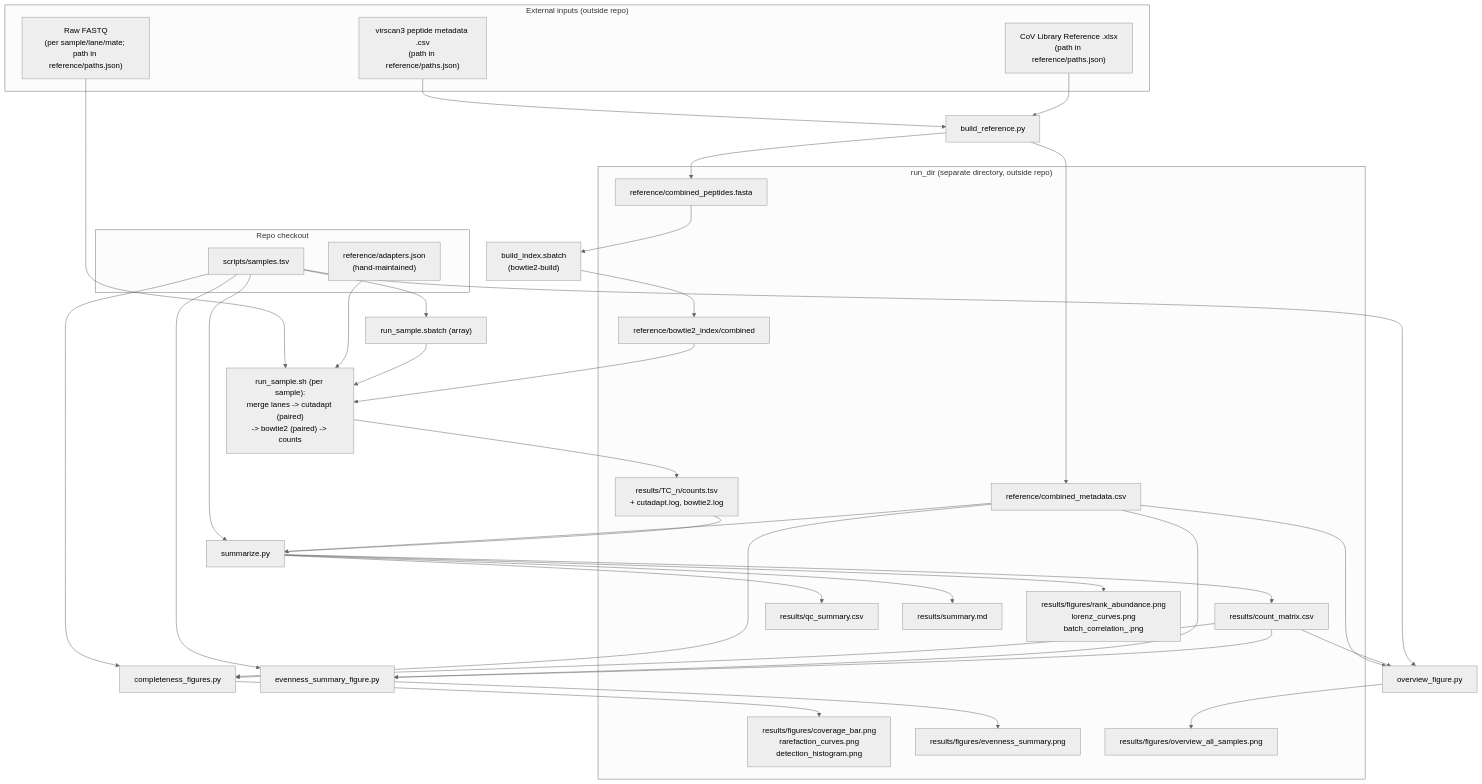
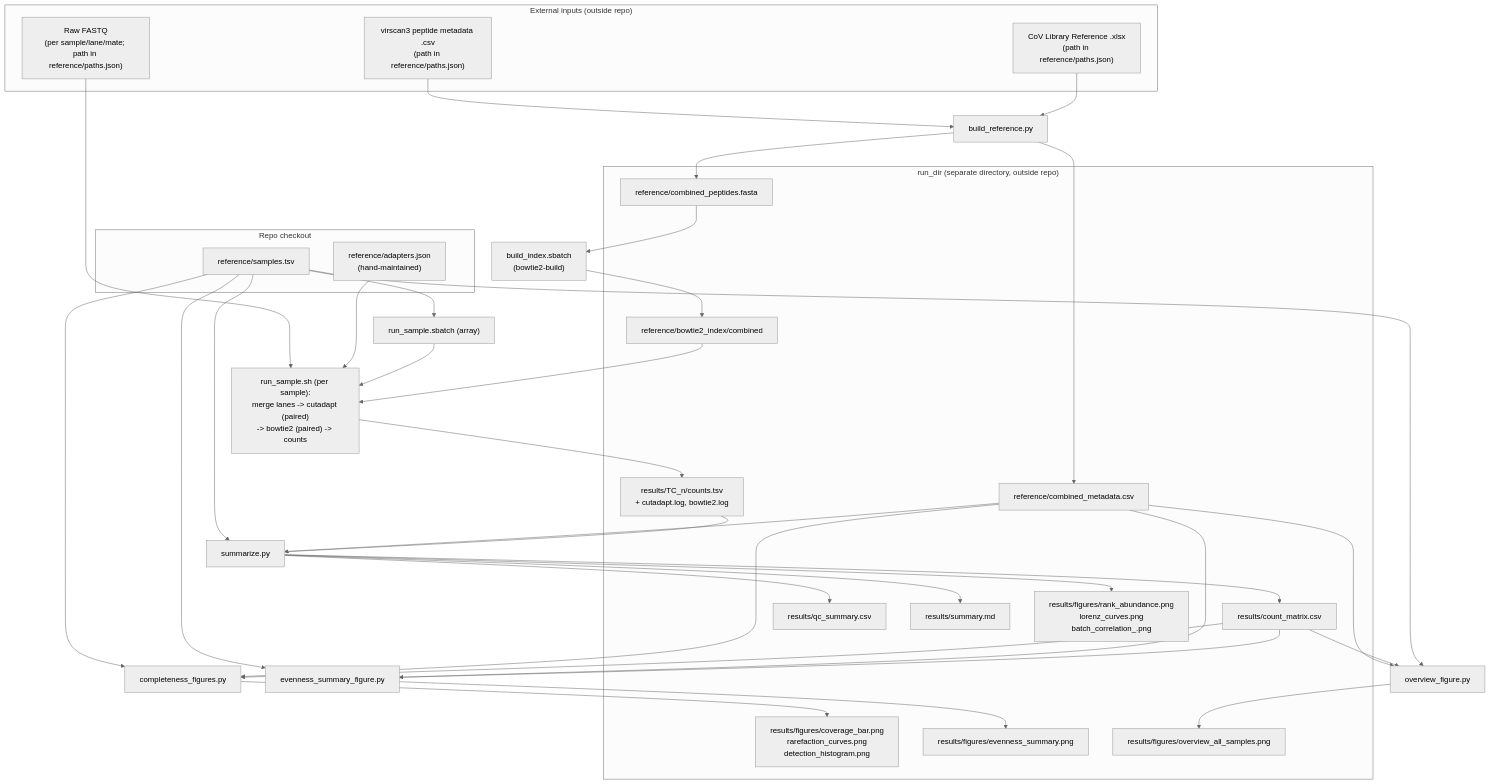
The diagram in README.md (dbauerlab/PhIPseq), drawn with Mermaid (neutral theme) before and after one commit. The commit also changed other lines of this file and 8 other files, not shown here.

First line of the commit message:
Move samples.tsv to reference/, remove samples_preview.tsv

````diff
--- a/README.md
+++ b/README.md
@@ -276,66 +275,66 @@
 ```mermaid
 flowchart TD
     subgraph external["External inputs (outside repo)"]
         RAWFASTQ["Raw FASTQ\n(per sample/lane/mate; path in reference/paths.json)"]
         COVXLSX["CoV Library Reference .xlsx\n(path in reference/paths.json)"]
         VIR3CSV["virscan3 peptide metadata .csv\n(path in reference/paths.json)"]
     end
 
     subgraph repo["Repo checkout"]
         ADAPTERSJSON["reference/adapters.json\n(hand-maintained)"]
-        SAMPLESTSV["scripts/samples.tsv"]
+        SAMPLESTSV["reference/samples.tsv"]
     end
 
     COVXLSX --> BR["build_reference.py"]
     VIR3CSV --> BR
 
     subgraph rundir["run_dir (separate directory, outside repo)"]
         FASTA["reference/combined_peptides.fasta"]
         META["reference/combined_metadata.csv"]
         INDEX["reference/bowtie2_index/combined"]
         COUNTS["results/TC_n/counts.tsv\n+ cutadapt.log, bowtie2.log"]
         MATRIX["results/count_matrix.csv"]
         QC["results/qc_summary.csv"]
         SUMMD["results/summary.md"]
         FIGS1["results/figures/rank_abundance.png\nlorenz_curves.png\nbatch_correlation_<library>.png"]
         FIGS2["results/figures/coverage_bar.png\nrarefaction_curves.png\ndetection_histogram.png"]
         FIGS3["results/figures/evenness_summary.png"]
         FIGS4["results/figures/overview_all_samples.png"]
     end
 
     BR --> FASTA
     BR --> META
 
     FASTA --> BOWTIEBUILD["build_index.sbatch\n(bowtie2-build)"]
     BOWTIEBUILD --> INDEX
 
     SAMPLESTSV --> RUNALL["run_sample.sbatch (array)"]
     RUNALL --> RS["run_sample.sh (per sample):\nmerge lanes -> cutadapt (paired)\n-> bowtie2 (paired) -> counts"]
     ADAPTERSJSON --> RS
     INDEX --> RS
     RAWFASTQ --> RS
     RS --> COUNTS
 
     COUNTS --> SUM["summarize.py"]
     META --> SUM
     SAMPLESTSV --> SUM
     SUM --> MATRIX
     SUM --> QC
     SUM --> SUMMD
     SUM --> FIGS1
 
     MATRIX --> CF["completeness_figures.py"]
     META --> CF
     SAMPLESTSV --> CF
     CF --> FIGS2
 
     MATRIX --> EF["evenness_summary_figure.py"]
     META --> EF
     SAMPLESTSV --> EF
     EF --> FIGS3
 
     MATRIX --> OF["overview_figure.py"]
     META --> OF
     SAMPLESTSV --> OF
     OF --> FIGS4
 ```
````
